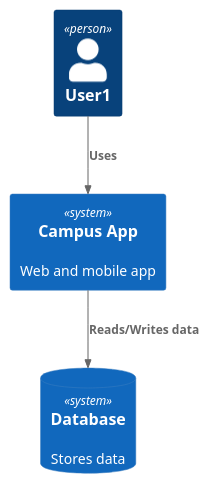
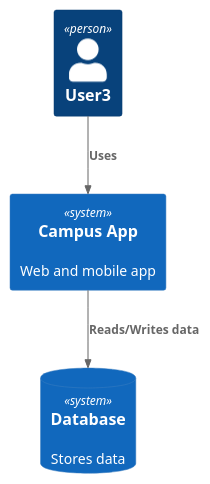
Before and after one commit to MarcelVSHNS/CampusApp: the diagram in docs/architecture/campus-app.puml, drawn with PlantUML.

Commit message:
Update user label from 'User1' to 'User3'

```diff
--- a/docs/architecture/campus-app.puml
+++ b/docs/architecture/campus-app.puml
@@ -1,11 +1,11 @@
 @startuml
 !include https://raw.githubusercontent.com/plantuml-stdlib/C4-PlantUML/master/C4_Context.puml
 
-Person(user, "User1")
+Person(user, "User3")
 System(system, "Campus App", "Web and mobile app")
 SystemDb(db, "Database", "Stores data")
 
 Rel(user, system, "Uses")
 Rel(system, db, "Reads/Writes data")
 
 @enduml
```
